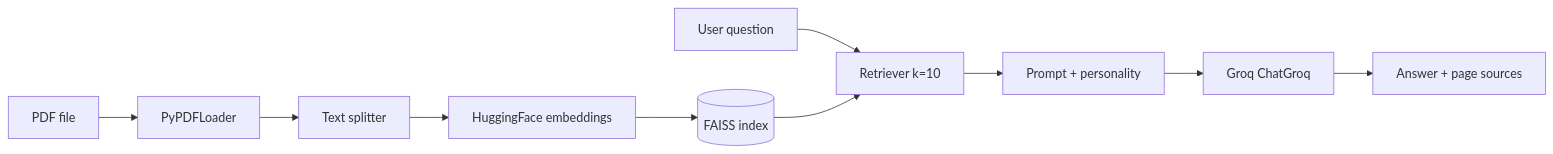
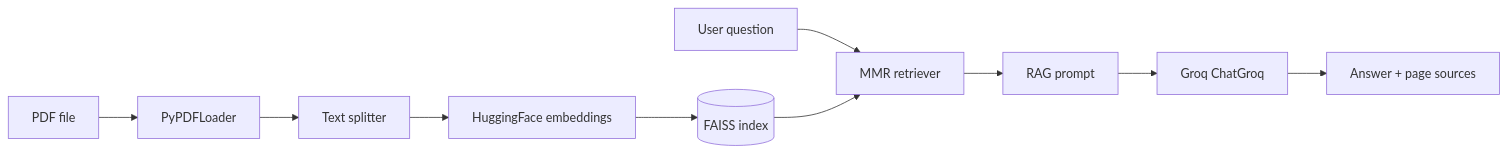
Before and after one commit to sidnei-almeida/rag-document-chatbot: the diagram in README.md, drawn with Mermaid. The commit also changed other lines of this file and 50 other files, not shown here.

````diff
--- a/README.md
+++ b/README.md
@@ -52,12 +55,12 @@
 ```mermaid
 flowchart LR
   PDF[PDF file] --> Load[PyPDFLoader]
   Load --> Split[Text splitter]
   Split --> Emb[HuggingFace embeddings]
   Emb --> FAISS[(FAISS index)]
-  Q[User question] --> R[Retriever k=10]
+  Q[User question] --> R[MMR retriever]
   FAISS --> R
-  R --> P[Prompt + personality]
+  R --> P[RAG prompt]
   P --> G[Groq ChatGroq]
   G --> A[Answer + page sources]
 ```
````
